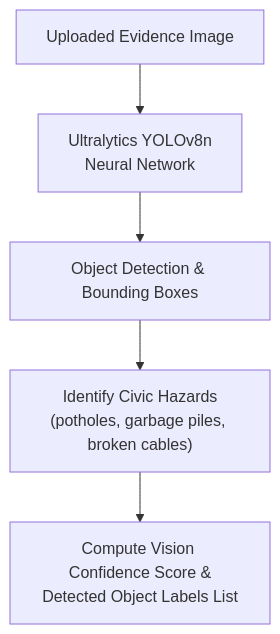
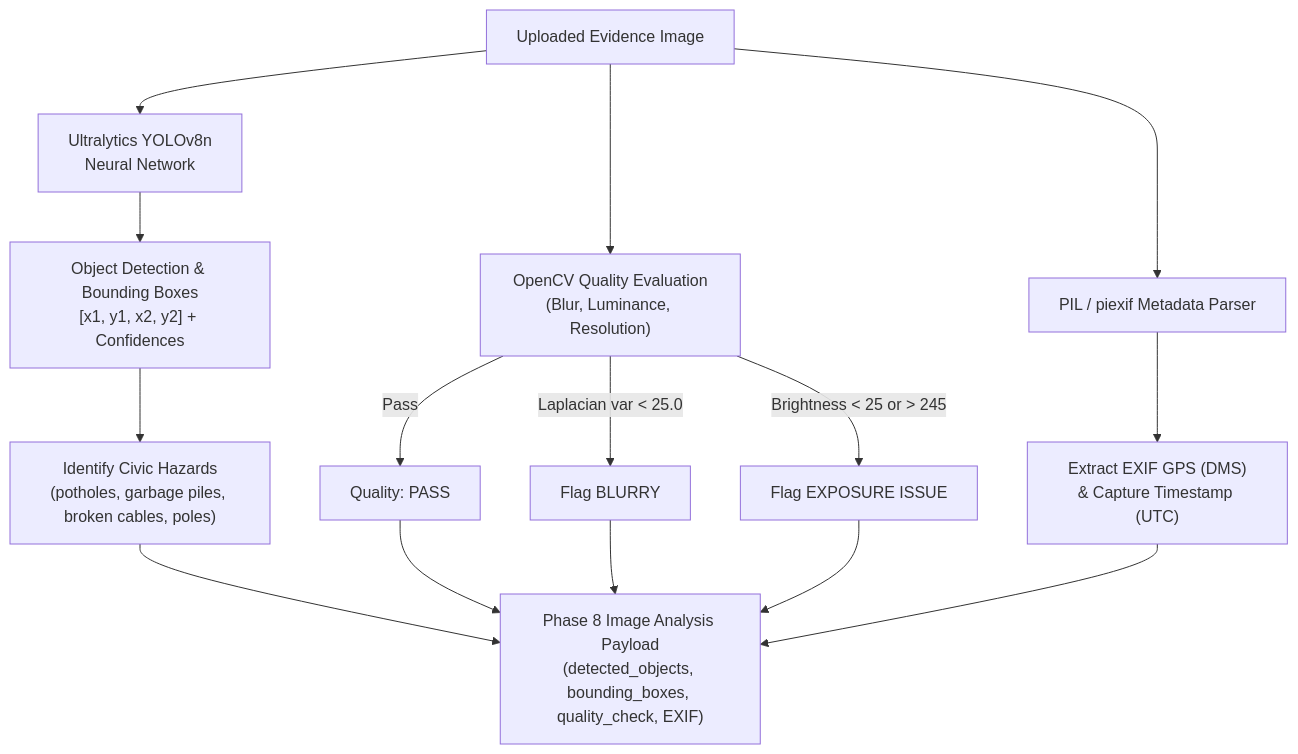
One commit to SHRUTISINHA250714/civic changed the ninth of 18 diagrams in phases.md. Above: the diagram before and after it, drawn with Mermaid. The commit also changed other lines of this file and 15 other files, not shown here.

````diff
--- a/phases.md
+++ b/phases.md
@@ -236,7 +236,20 @@
 ```mermaid
 flowchart TD
-    Img["Uploaded Evidence Image"] --> YOLO["Ultralytics YOLOv8n\nNeural Network"]
-    YOLO --> Detect["Object Detection & Bounding Boxes"]
-    Detect --> Classes["Identify Civic Hazards\n(potholes, garbage piles, broken cables)"]
-    Classes --> Metrics["Compute Vision Confidence Score &\nDetected Object Labels List"]
+    Img["Uploaded Evidence Image"] --> Pre["OpenCV Quality Evaluation\n(Blur, Luminance, Resolution)"]
+    Pre -->|Laplacian var < 25.0| FlagBlur["Flag BLURRY"]
+    Pre -->|Brightness < 25 or > 245| FlagExp["Flag EXPOSURE ISSUE"]
+    Pre -->|Pass| PassQ["Quality: PASS"]
+    
+    Img --> YOLO["Ultralytics YOLOv8n\nNeural Network"]
+    YOLO --> Detect["Object Detection & Bounding Boxes\n[x1, y1, x2, y2] + Confidences"]
+    Detect --> Classes["Identify Civic Hazards\n(potholes, garbage piles, broken cables, poles)"]
+    
+    Img --> EXIF["PIL / piexif Metadata Parser"]
+    EXIF --> EXIFData["Extract EXIF GPS (DMS)\n& Capture Timestamp (UTC)"]
+    
+    Classes --> Payload["Phase 8 Image Analysis Payload\n(detected_objects, bounding_boxes, quality_check, EXIF)"]
+    PassQ --> Payload
+    FlagBlur --> Payload
+    FlagExp --> Payload
+    EXIFData --> Payload
 ```
````
